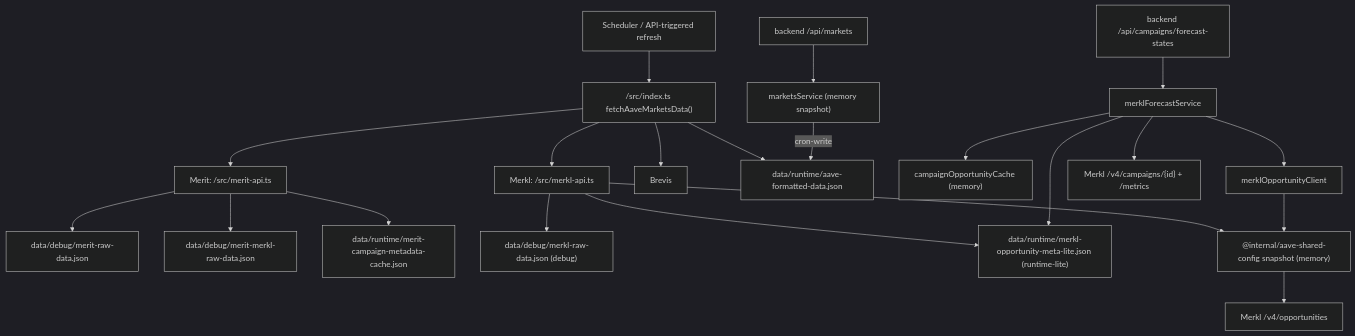
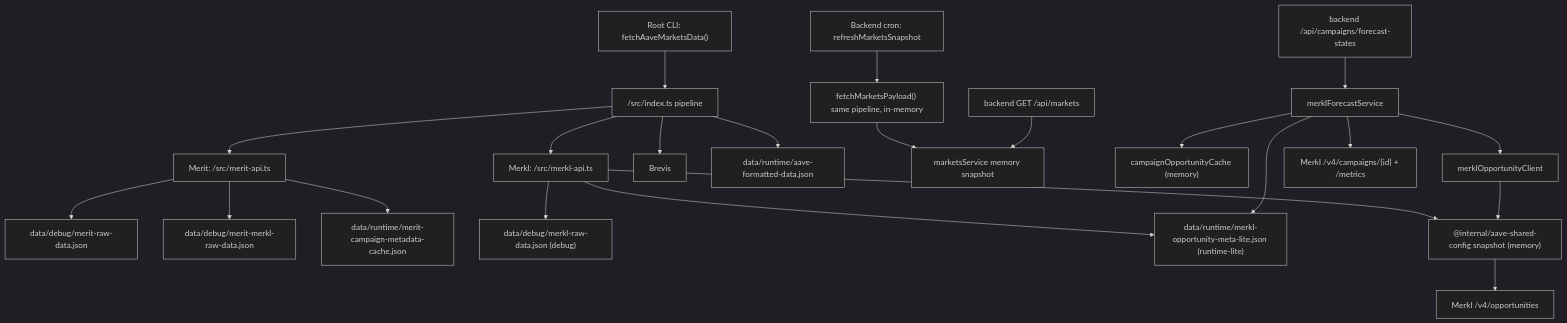
One commit to 0xPabloLI/aave-protocol-analysis changed the fourth of 7 diagrams in docs/merkl-merit-cache-architecture.md. Above: the diagram before and after it, drawn with Mermaid (dark theme). The commit also changed other lines of this file and 46 other files, not shown here.

First line of the commit message:
refactor: align markets payload and incentive data handling (#55)

````diff
--- a/docs/merkl-merit-cache-architecture.md
+++ b/docs/merkl-merit-cache-architecture.md
@@ -91,23 +93,24 @@
 ```mermaid
 flowchart TD
-  A["Scheduler / API-triggered refresh"] --> B["/src/index.ts fetchAaveMarketsData()"]
+  A["Root CLI: fetchAaveMarketsData()"] --> B["/src/index.ts pipeline"]
   B --> C["Merit: /src/merit-api.ts"]
   B --> D["Merkl: /src/merkl-api.ts"]
   B --> E["Brevis"]
   C --> F["data/debug/merit-raw-data.json"]
   C --> G["data/debug/merit-merkl-raw-data.json"]
   C --> H["data/runtime/merit-campaign-metadata-cache.json"]
   D --> I["data/debug/merkl-raw-data.json (debug)"]
   D --> J["data/runtime/merkl-opportunity-meta-lite.json (runtime-lite)"]
   D --> R["@internal/aave-shared-config snapshot (memory)"]
   B --> K["data/runtime/aave-formatted-data.json"]
-  L["backend /api/markets"] --> M["marketsService (memory snapshot)"]
-  M -- "cron-write" --> K
+  CRON["Backend cron: refreshMarketsSnapshot"] --> MP["fetchMarketsPayload() same pipeline, in-memory"]
+  MP --> MS["marketsService memory snapshot"]
+  L["backend GET /api/markets"] --> MS
   N["backend /api/campaigns/forecast-states"] --> O["merklForecastService"]
   O --> P["campaignOpportunityCache (memory)"]
   O --> J
   O --> Q["merklOpportunityClient"]
-  Q --> R["@internal/aave-shared-config snapshot (memory)"]
+  Q --> R
   R --> S["Merkl /v4/opportunities"]
   O --> T["Merkl /v4/campaigns/{id} + /metrics"]
 ```
````
